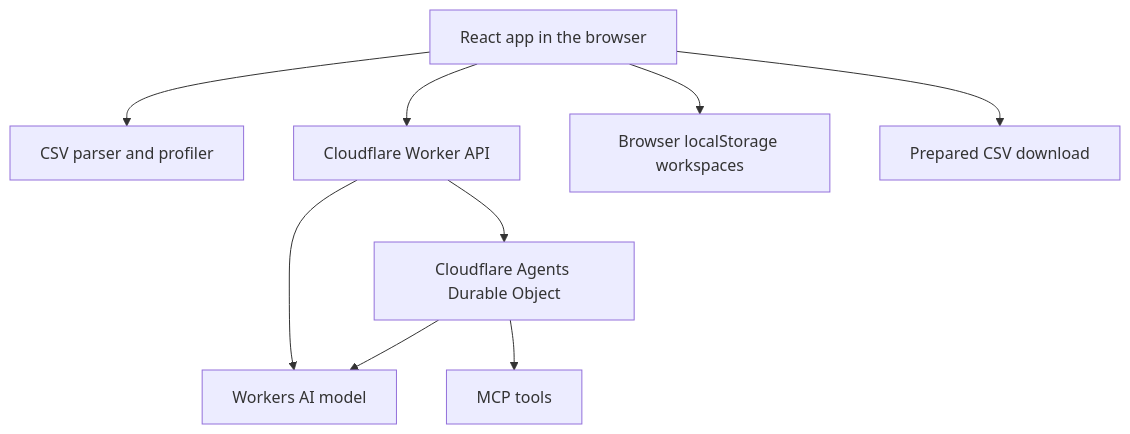
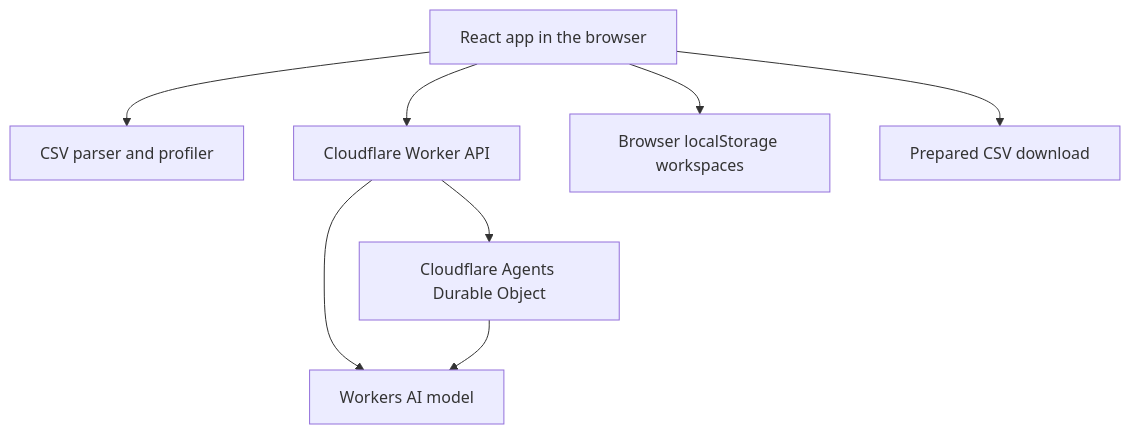
One commit to gabmeirinho/cf_ai_automated_fe changed the second of 2 diagrams in README.md. Above: the diagram before and after it, drawn with Mermaid. The commit also changed other lines of this file, not shown here.

````diff
--- a/README.md
+++ b/README.md
@@ -90,11 +88,10 @@
 ```mermaid
 flowchart TD
   Browser[React app in the browser] --> Profile[CSV parser and profiler]
   Browser --> Worker[Cloudflare Worker API]
   Worker --> AI[Workers AI model]
   Worker --> Agent[Cloudflare Agents Durable Object]
   Agent --> AI
-  Agent --> MCP[MCP tools]
   Browser --> LocalStorage[Browser localStorage workspaces]
   Browser --> Export[Prepared CSV download]
 ```
````
